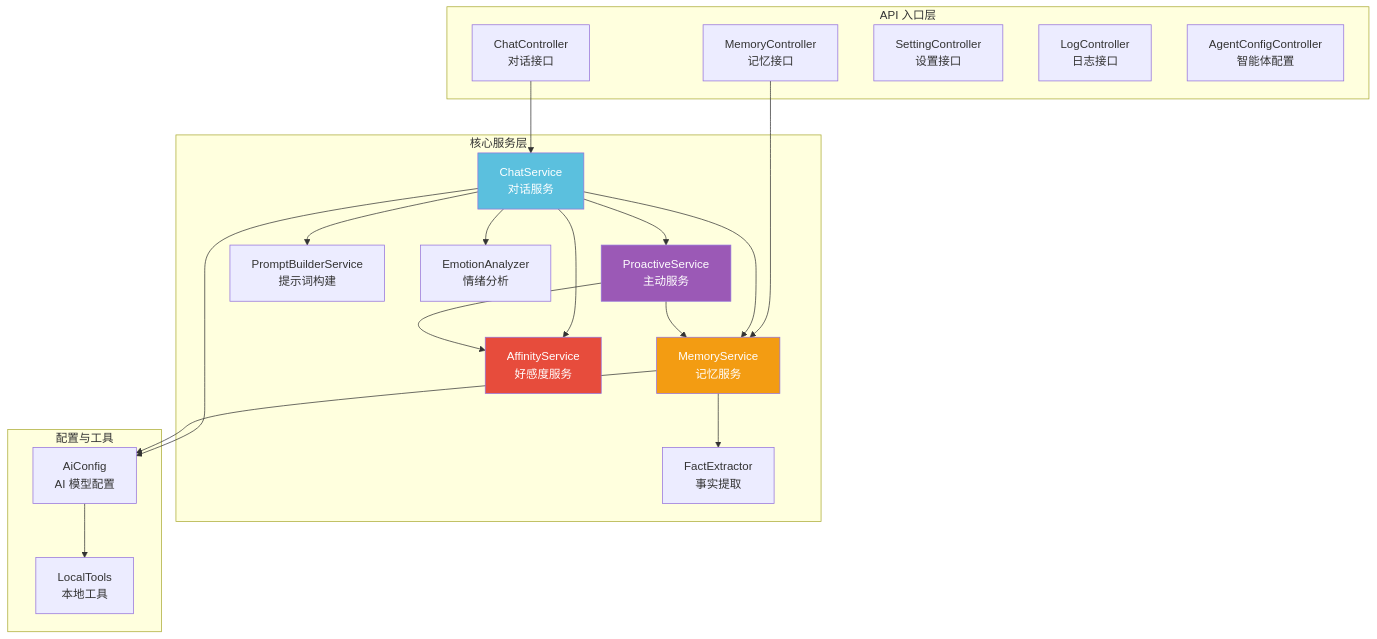
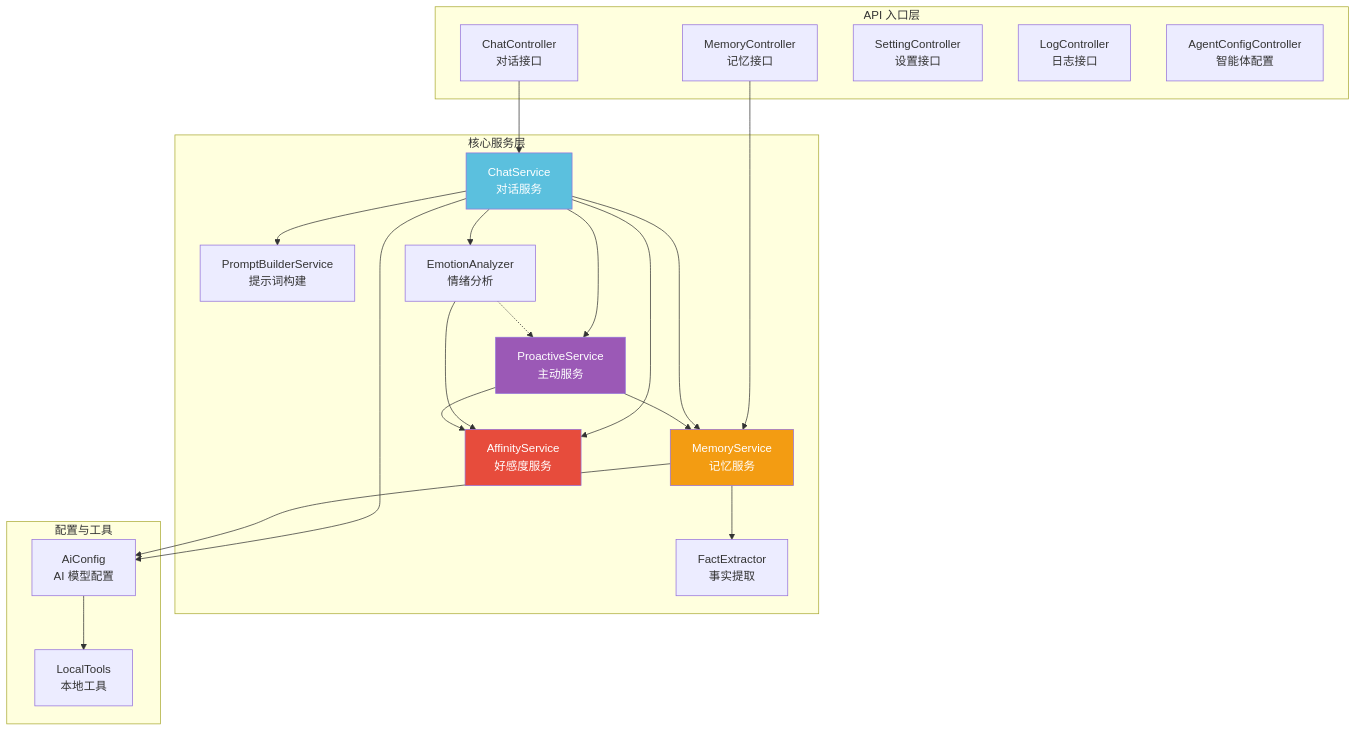
The third of 12 diagrams in doc/项目架构图.md (SailRuo/LingShu-AI), drawn with Mermaid before and after one commit. The commit also changed other lines of this file and 36 other files, not shown here.

````diff
--- a/doc/项目架构图.md
+++ b/doc/项目架构图.md
@@ -96,45 +96,47 @@
 ```mermaid
 graph TB
     subgraph "API 入口层"
         CHAT_CTRL[ChatController<br/>对话接口]
         MEM_CTRL[MemoryController<br/>记忆接口]
         SET_CTRL[SettingController<br/>设置接口]
         LOG_CTRL[LogController<br/>日志接口]
         AGENT_CTRL[AgentConfigController<br/>智能体配置]
     end
 
     subgraph "核心服务层"
         CHAT_SVC[ChatService<br/>对话服务]
         MEM_SVC[MemoryService<br/>记忆服务]
         AFFINITY_SVC[AffinityService<br/>好感度服务]
         PROACTIVE_SVC[ProactiveService<br/>主动服务]
         PROMPT_SVC[PromptBuilderService<br/>提示词构建]
         EMOTION_SVC[EmotionAnalyzer<br/>情绪分析]
         FACT_SVC[FactExtractor<br/>事实提取]
     end
 
     subgraph "配置与工具"
         AI_CFG[AiConfig<br/>AI 模型配置]
         LOCAL_TOOL[LocalTools<br/>本地工具]
     end
 
     CHAT_CTRL --> CHAT_SVC
     MEM_CTRL --> MEM_SVC
     CHAT_SVC --> MEM_SVC
     CHAT_SVC --> AFFINITY_SVC
     CHAT_SVC --> PROACTIVE_SVC
     CHAT_SVC --> PROMPT_SVC
     CHAT_SVC --> EMOTION_SVC
+    EMOTION_SVC --> AFFINITY_SVC
     MEM_SVC --> FACT_SVC
     PROACTIVE_SVC --> AFFINITY_SVC
     PROACTIVE_SVC --> MEM_SVC
+    EMOTION_SVC -.-> PROACTIVE_SVC
 
     CHAT_SVC --> AI_CFG
     MEM_SVC --> AI_CFG
     AI_CFG --> LOCAL_TOOL
 
     style CHAT_SVC fill:#5bc0de,color:#fff
     style MEM_SVC fill:#f39c12,color:#fff
     style AFFINITY_SVC fill:#e74c3c,color:#fff
     style PROACTIVE_SVC fill:#9b59b6,color:#fff
 ```
````
